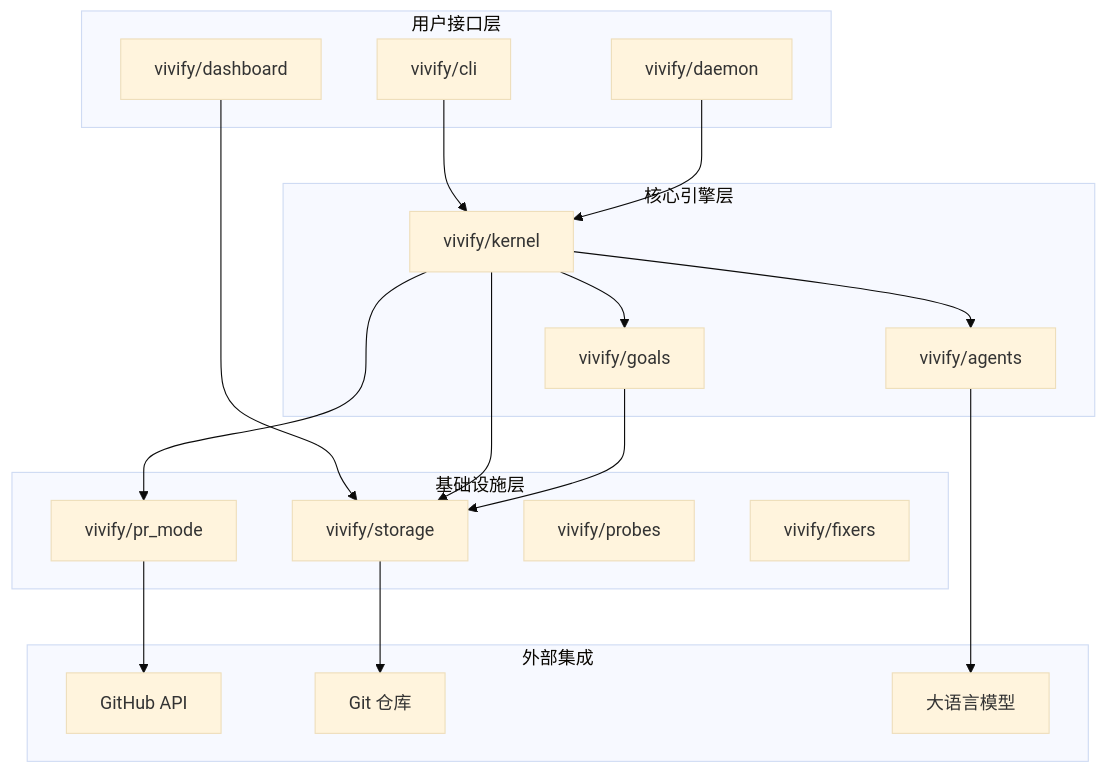
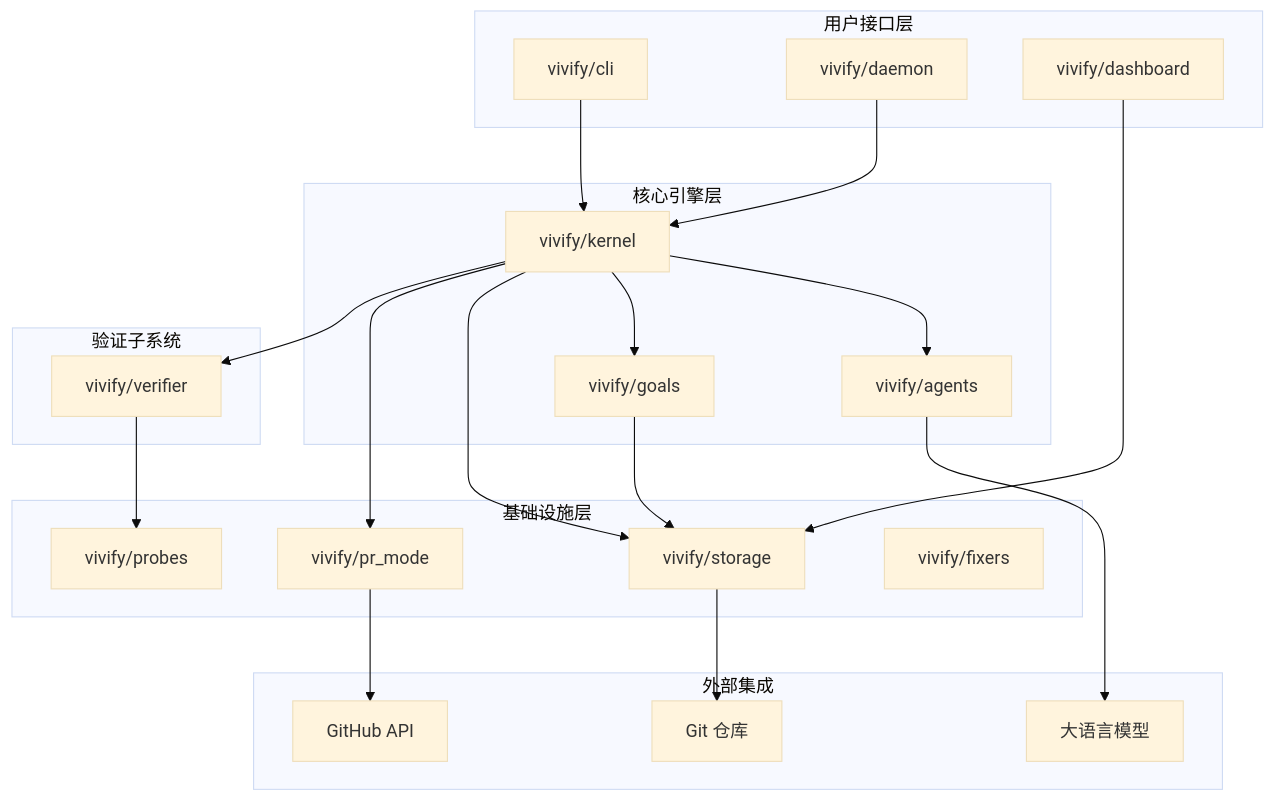
Before and after one commit to pinsonchen/vivify: the fourth of 15 diagrams in .qoder/repowiki/zh/content/技术实现参考/评估文档套件.md, drawn with Mermaid (base theme). The commit also changed other lines of this file and 16 other files, not shown here.

````diff
--- a/.qoder/repowiki/zh/content/技术实现参考/评估文档套件.md
+++ b/.qoder/repowiki/zh/content/技术实现参考/评估文档套件.md
@@ -146,35 +179,40 @@
 ```mermaid
 graph TB
 subgraph "用户接口层"
 CLI[vivify/cli]
 Daemon[vivify/daemon]
 Dashboard[vivify/dashboard]
 end
 subgraph "核心引擎层"
 Kernel[vivify/kernel]
 Agent[vivify/agents]
 Goals[vivify/goals]
 end
 subgraph "基础设施层"
 Storage[vivify/storage]
 PRMode[vivify/pr_mode]
 Probes[vivify/probes]
 Fixers[vivify/fixers]
 end
+subgraph "验证子系统"
+Verifier[vivify/verifier]
+end
 subgraph "外部集成"
 GitHub[GitHub API]
 Git[Git 仓库]
 LLM[大语言模型]
 end
 CLI --> Kernel
 Daemon --> Kernel
 Dashboard --> Storage
 Kernel --> Agent
 Kernel --> Goals
 Kernel --> Storage
 Kernel --> PRMode
+Kernel --> Verifier
 Agent --> LLM
 PRMode --> GitHub
 Storage --> Git
 Goals --> Storage
+Verifier --> Probes
 ```
````
